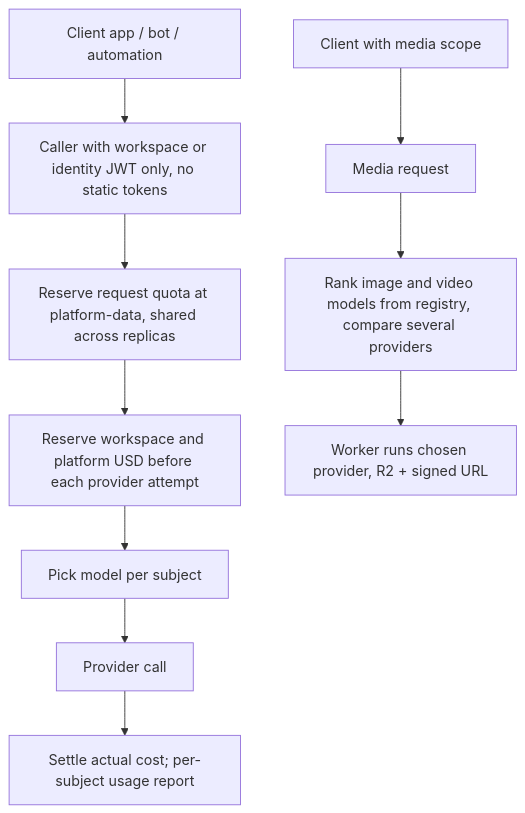
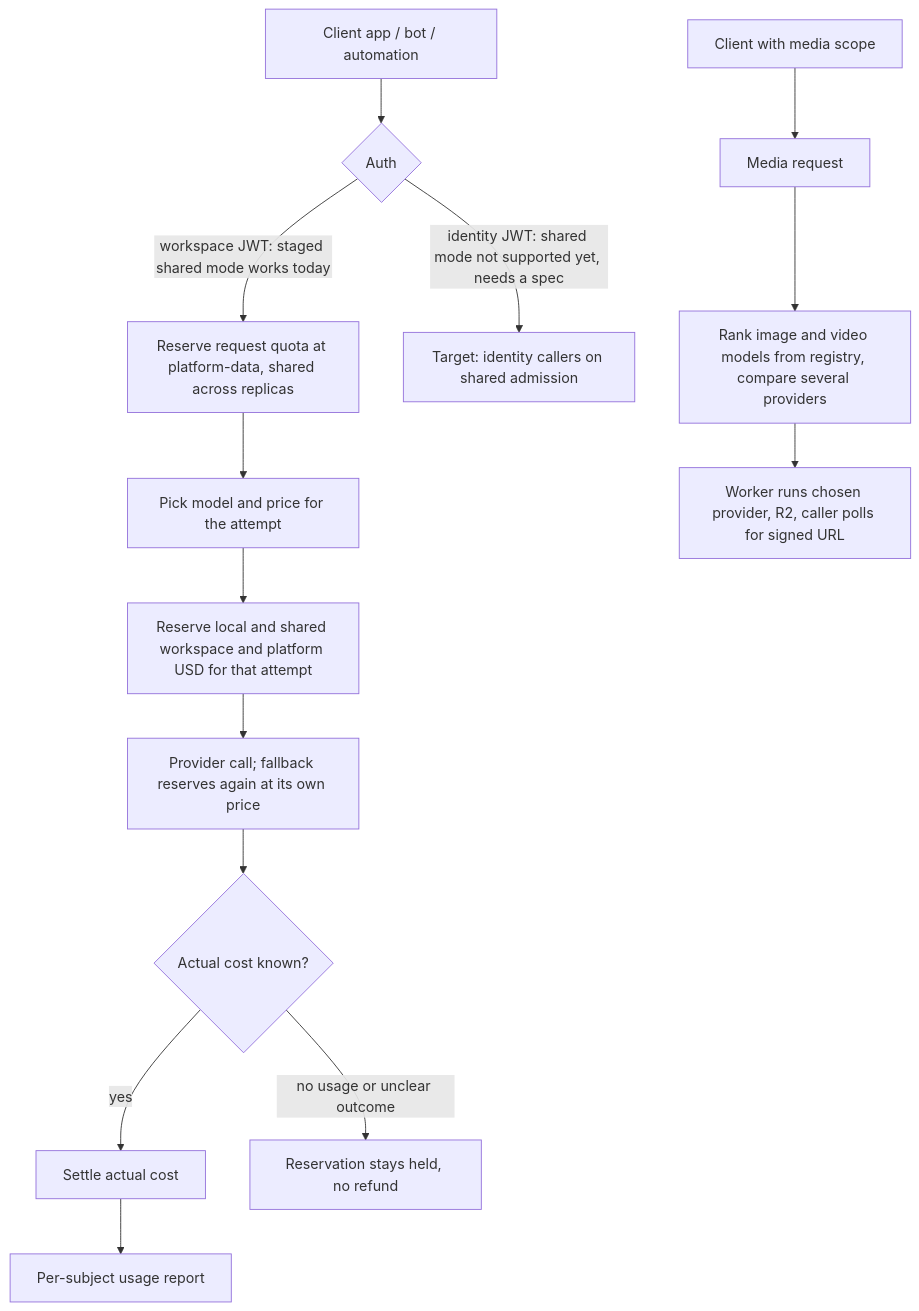
Before and after one commit to bookchaowalit/platform-ai-gateway-api: the second of 2 diagrams in docs/diagrams/01-business-process.md, drawn with Mermaid. The commit also changed other lines of this file, not shown here.

Commit message:
docs(diagrams): match As-Is / To-Be to code (private routes, subject models, fallback reservation, async media, shared admission)

````diff
--- a/docs/diagrams/01-business-process.md
+++ b/docs/diagrams/01-business-process.md
@@ -42,12 +47,16 @@
 ```mermaid
 flowchart TD
-  A["Client app / bot / automation"] --> B["Caller with workspace or identity JWT only, no static tokens"]
-  B --> C["Reserve request quota at platform-data, shared across replicas"]
-  C --> D["Reserve workspace and platform USD before each provider attempt"]
-  D --> G["Pick model per subject"]
-  G --> H["Provider call"]
-  H --> K["Settle actual cost; per-subject usage report"]
+  A["Client app / bot / automation"] --> B{"Auth"}
+  B -->|"workspace JWT: staged shared mode works today"| C["Reserve request quota at platform-data, shared across replicas"]
+  B -->|"identity JWT: shared mode not supported yet, needs a spec"| Z["Target: identity callers on shared admission"]
+  C --> G["Pick model and price for the attempt"]
+  G --> D["Reserve local and shared workspace and platform USD for that attempt"]
+  D --> H["Provider call; fallback reserves again at its own price"]
+  H --> K{"Actual cost known?"}
+  K -->|"yes"| S["Settle actual cost"]
+  K -->|"no usage or unclear outcome"| U["Reservation stays held, no refund"]
+  S --> RPT["Per-subject usage report"]
   A2["Client with media scope"] --> N["Media request"]
   N --> R["Rank image and video models from registry, compare several providers"]
-  R --> Q["Worker runs chosen provider, R2 + signed URL"]
+  R --> Q["Worker runs chosen provider, R2, caller polls for signed URL"]
 ```
````
